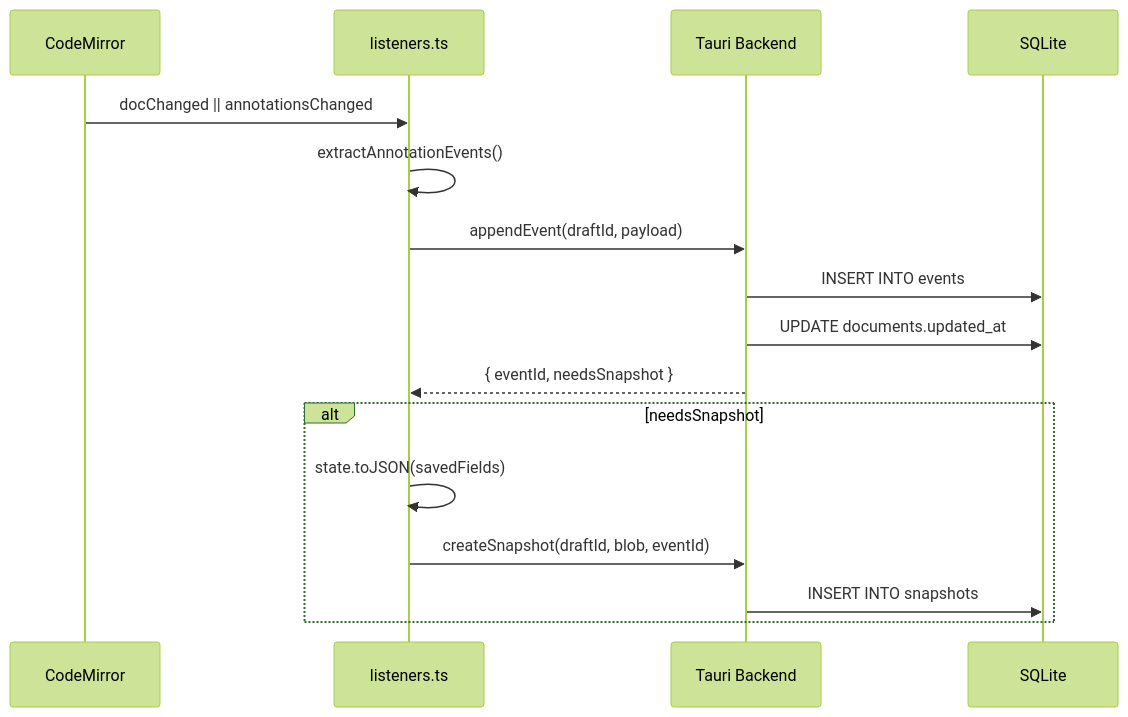
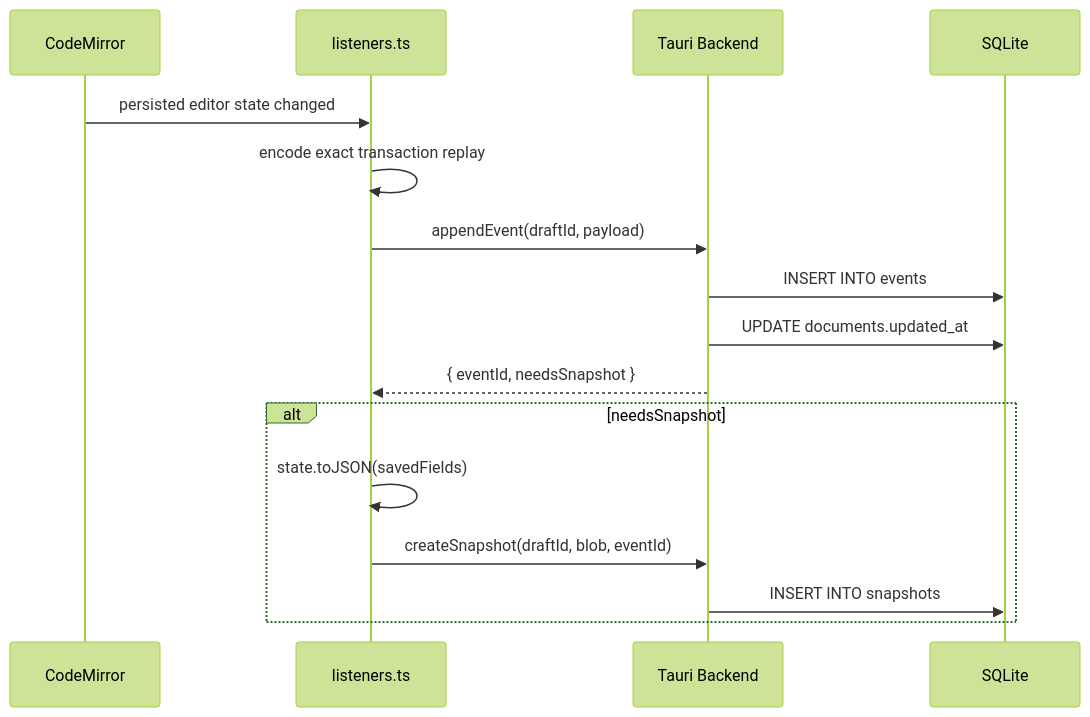
One commit to ThatXliner/Quillium changed the diagram in docs/persistence.md. Above: the diagram before and after it, drawn with Mermaid (forest theme). The commit also changed other lines of this file and 62 other files, not shown here.

````diff
--- a/docs/persistence.md
+++ b/docs/persistence.md
@@ -40,20 +40,20 @@
 ```mermaid
 sequenceDiagram
     participant CM as CodeMirror
     participant Listener as listeners.ts
     participant Rust as Tauri Backend
     participant DB as SQLite
 
-    CM->>Listener: docChanged || annotationsChanged
-    Listener->>Listener: extractAnnotationEvents()
+    CM->>Listener: persisted editor state changed
+    Listener->>Listener: encode exact transaction replay
     Listener->>Rust: appendEvent(draftId, payload)
     Rust->>DB: INSERT INTO events
     Rust->>DB: UPDATE documents.updated_at
     Rust-->>Listener: { eventId, needsSnapshot }
     
     alt needsSnapshot
         Listener->>Listener: state.toJSON(savedFields)
         Listener->>Rust: createSnapshot(draftId, blob, eventId)
         Rust->>DB: INSERT INTO snapshots
     end
 ```
````
